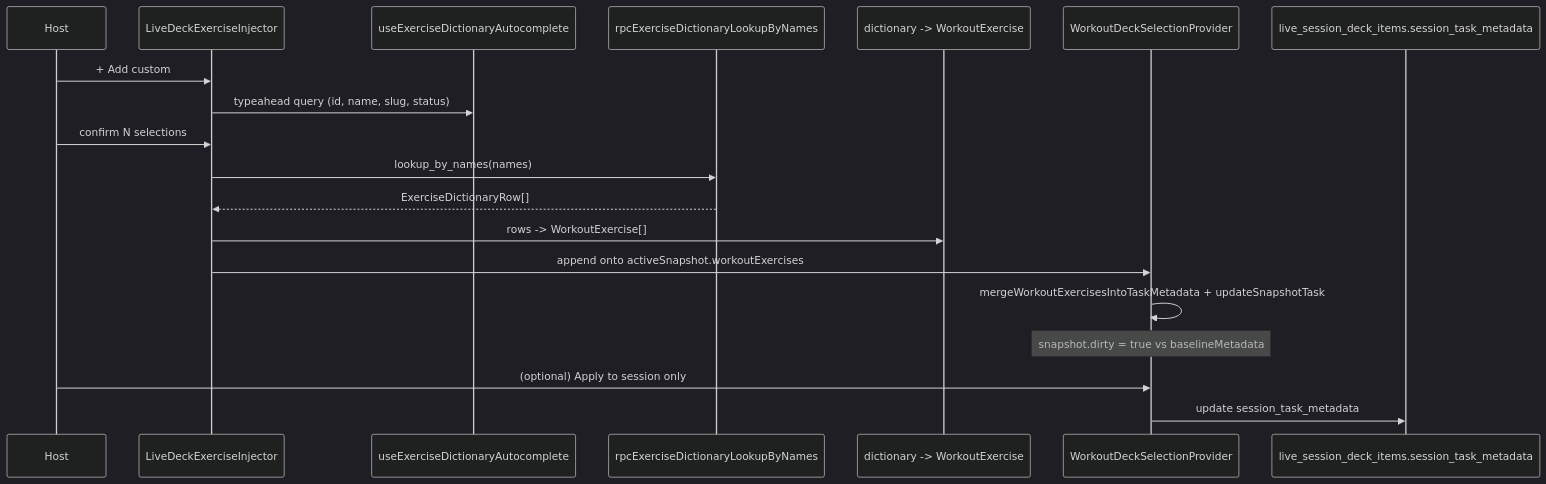
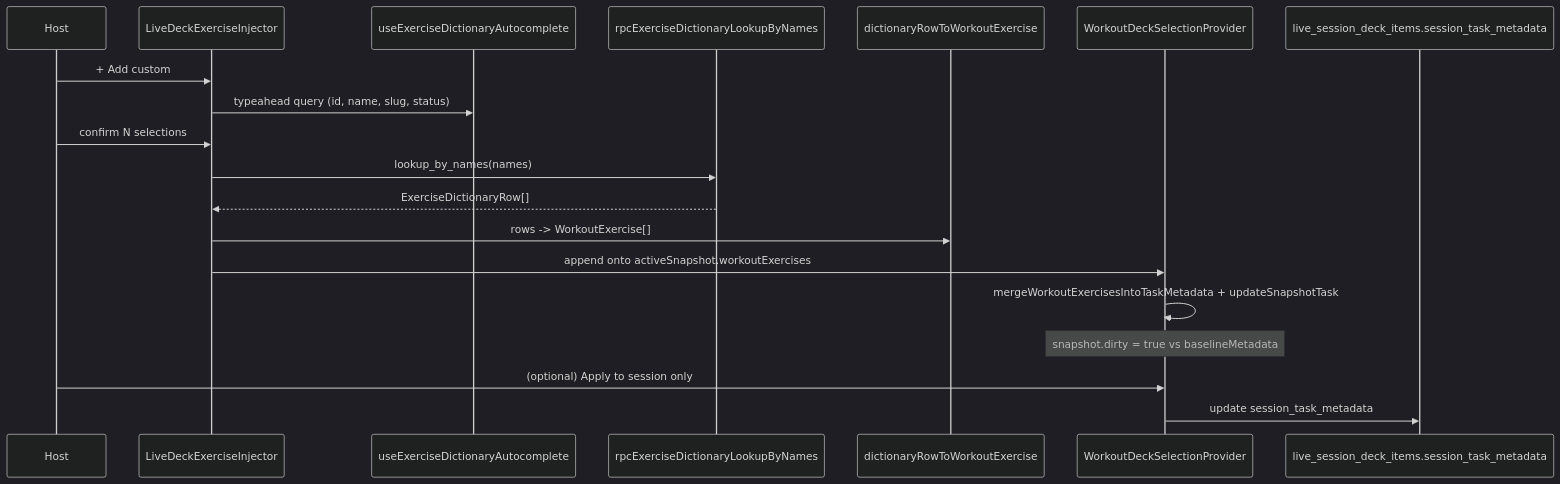
Before and after one commit to jlfassio-vibecoder/buddybubble: the diagram in docs/fitness/workout-builder/custom-live-builder-architecture.md, drawn with Mermaid (dark theme). The commit also changed other lines of this file, not shown here.

First line of the commit message:
docs(fitness): update Custom Live Workout Builder architecture to reflect implementation status

````diff
--- a/docs/fitness/workout-builder/custom-live-builder-architecture.md
+++ b/docs/fitness/workout-builder/custom-live-builder-architecture.md
@@ -66,22 +66,22 @@
 ```mermaid
 sequenceDiagram
   participant Host
   participant Injector as LiveDeckExerciseInjector
   participant Auto as useExerciseDictionaryAutocomplete
   participant RPC as rpcExerciseDictionaryLookupByNames
-  participant Map as dictionary -> WorkoutExercise
+  participant Map as dictionaryRowToWorkoutExercise
   participant Ctx as WorkoutDeckSelectionProvider
   participant DB as live_session_deck_items.session_task_metadata
 
   Host->>Injector: + Add custom
   Injector->>Auto: typeahead query (id, name, slug, status)
   Host->>Injector: confirm N selections
   Injector->>RPC: lookup_by_names(names)
   RPC-->>Injector: ExerciseDictionaryRow[]
   Injector->>Map: rows -> WorkoutExercise[]
   Injector->>Ctx: append onto activeSnapshot.workoutExercises
   Ctx->>Ctx: mergeWorkoutExercisesIntoTaskMetadata + updateSnapshotTask
   Note over Ctx: snapshot.dirty = true vs baselineMetadata
   Host->>Ctx: (optional) Apply to session only
   Ctx->>DB: update session_task_metadata
 ```
````
